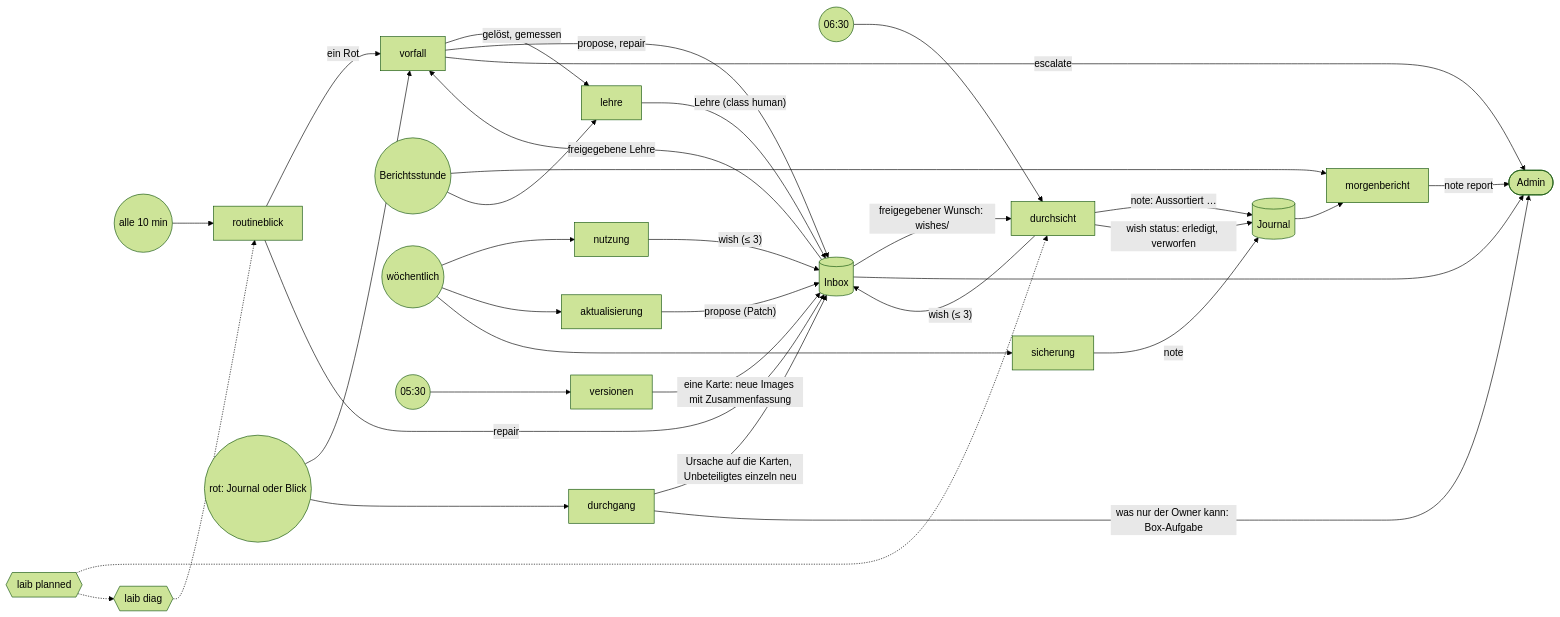
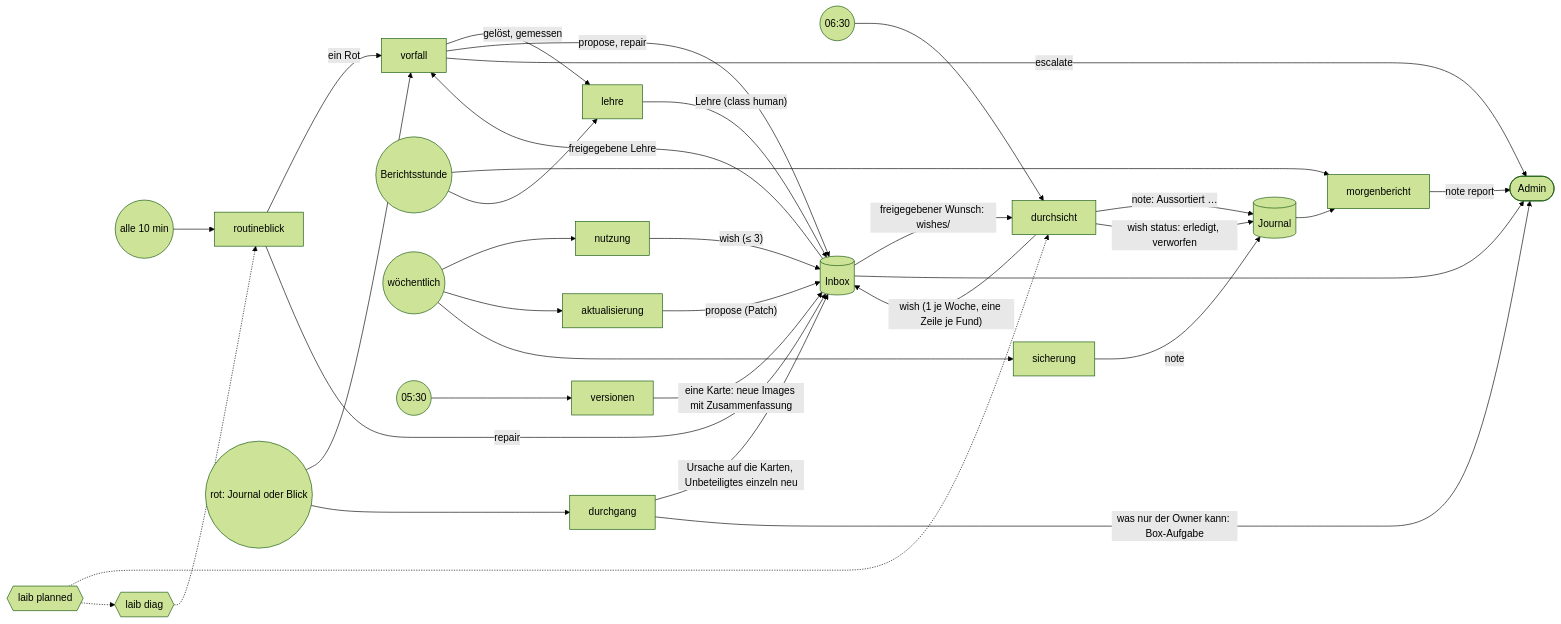
Before and after one commit to mdopp/laib: the diagram in docs/SKILLS.md, drawn with Mermaid (forest theme). The commit also changed other lines of this file and 7 other files, not shown here.

````diff
--- a/docs/SKILLS.md
+++ b/docs/SKILLS.md
@@ -9,38 +9,38 @@
 ```mermaid
 flowchart LR
   tick((alle 10 min)) --> routineblick
   red((rot: Journal oder Blick)) --> vorfall
   red --> durchgang
   morning((06:30)) --> durchsicht
   report((Berichtsstunde)) --> morgenbericht
   report --> lehre
   week((wöchentlich)) --> nutzung
   week --> aktualisierung
   night((05:30)) --> versionen
   week --> sicherung
 
   routineblick -- "ein Rot" --> vorfall
   routineblick -- repair --> inbox[(Inbox)]
   vorfall -- "gelöst, gemessen" --> lehre
   vorfall -- "propose, repair" --> inbox
   vorfall -- escalate --> owner([Admin])
   durchgang -- "Ursache auf die Karten, Unbeteiligtes einzeln neu" --> inbox
   durchgang -- "was nur der Owner kann: Box-Aufgabe" --> owner
   lehre -- "Lehre (class human)" --> inbox
   inbox -- "freigegebene Lehre" --> vorfall
-  durchsicht -- "wish (≤ 3)" --> inbox
+  durchsicht -- "wish (1 je Woche, eine Zeile je Fund)" --> inbox
   nutzung -- "wish (≤ 3)" --> inbox
   aktualisierung -- "propose (Patch)" --> inbox
   versionen -- "eine Karte: neue Images mit Zusammenfassung" --> inbox
   inbox -- "freigegebener Wunsch: wishes/" --> durchsicht
   durchsicht -- "note: Aussortiert …" --> journal[(Journal)]
   sicherung -- note --> journal
   durchsicht -- "wish status: erledigt, verworfen" --> journal
   journal --> morgenbericht
   morgenbericht -- "note report" --> owner
   inbox --> owner
 
   planned{{laib planned}} -.-> durchsicht
   planned -.-> diag{{laib diag}}
   diag -.-> routineblick
 ```
````
